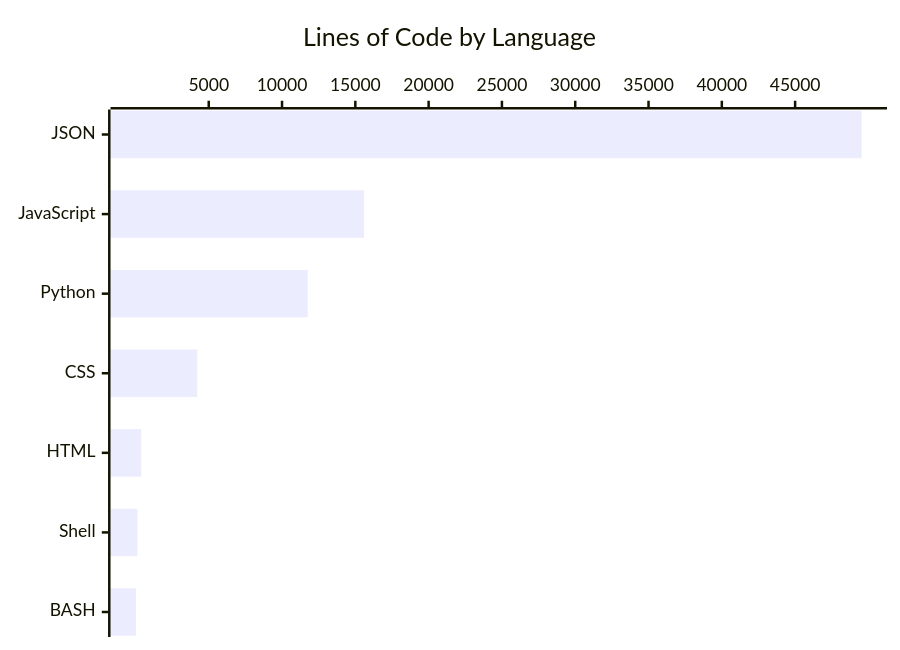
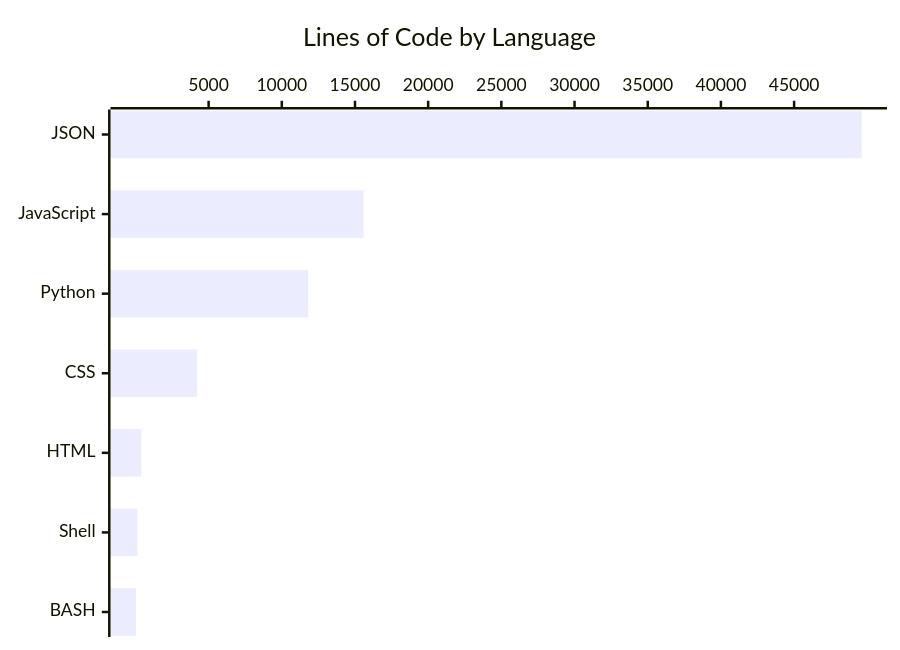
The diagram in LOC-REPORT.md (ibenian/algebench), drawn with Mermaid before and after one commit. The commit also changed other lines of this file and 4 other files, not shown here.

First line of the commit message:
Prevent styled LaTeX command leakage (`\mathbb`, `\mathbf`, etc.) in semantic graph symbol nodes (#296)

````diff
--- a/LOC-REPORT.md
+++ b/LOC-REPORT.md
@@ -16,6 +16,6 @@
 ```mermaid
 xychart-beta horizontal
   title "Lines of Code by Language"
   x-axis ["JSON", "JavaScript", "Python", "CSS", "HTML", "Shell", "BASH"]
-  bar [49536, 15585, 11751, 4219, 395, 137, 33]
+  bar [49613, 15585, 11800, 4219, 395, 137, 33]
 ```
````
